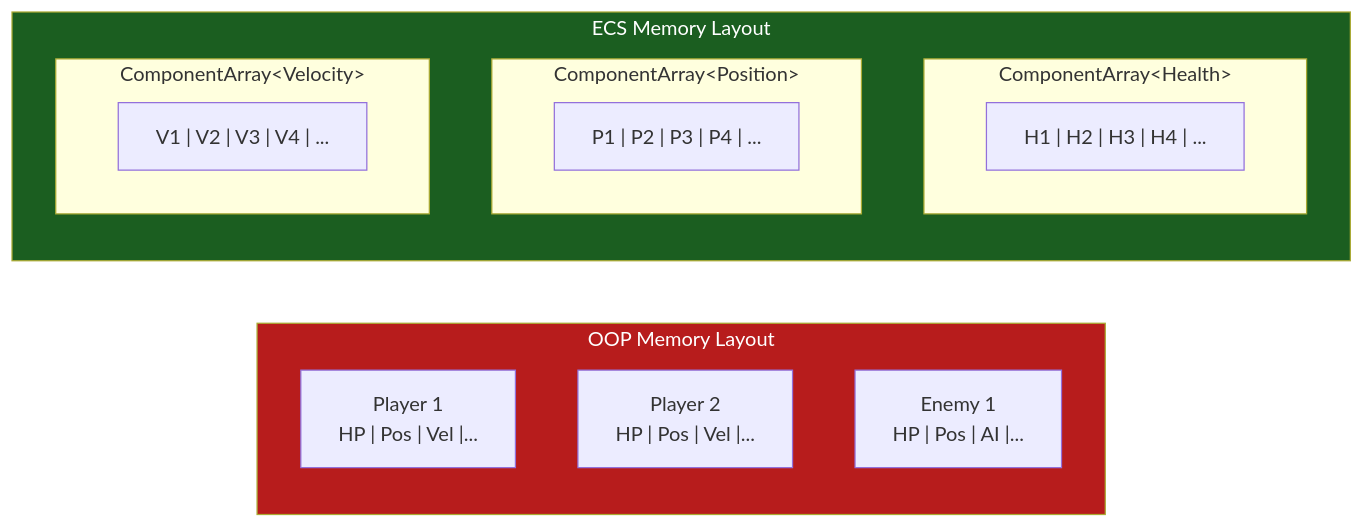
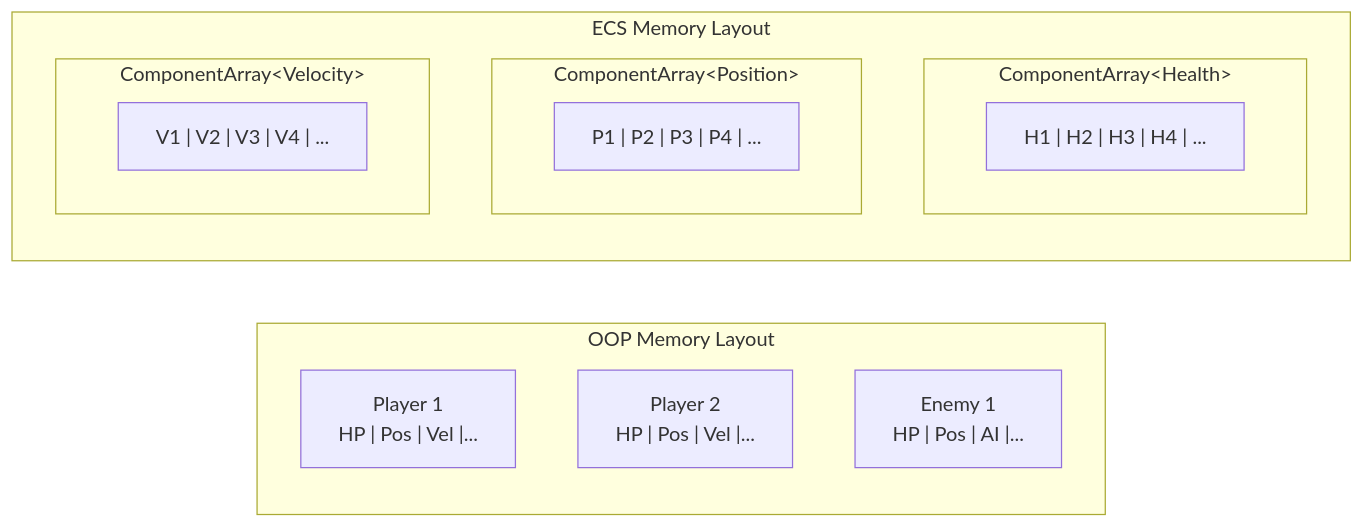
The second of 2 diagrams in docs/concepts/ecs-overview.md (gilmar-sales/Freyr), drawn with Mermaid before and after one commit. The commit also changed other lines of this file and 8 other files, not shown here.

Commit message:
docs(diagrams): remove mermaid diagram styling directives

````diff
--- a/docs/concepts/ecs-overview.md
+++ b/docs/concepts/ecs-overview.md
@@ -102,23 +99,20 @@
 ```mermaid
 graph LR
     subgraph OOPMem["OOP Memory Layout"]
         O1["Player 1<br/>HP | Pos | Vel |..."]
         O2["Player 2<br/>HP | Pos | Vel |..."]
         O3["Enemy 1<br/>HP | Pos | AI |..."]
     end
 
     subgraph ECSMem["ECS Memory Layout"]
         subgraph HealthArr["ComponentArray&lt;Health&gt;"]
             HA["H1 | H2 | H3 | H4 | ..."]
         end
         subgraph PosArr["ComponentArray&lt;Position&gt;"]
             PA["P1 | P2 | P3 | P4 | ..."]
         end
         subgraph VelArr["ComponentArray&lt;Velocity&gt;"]
             VA["V1 | V2 | V3 | V4 | ..."]
         end
     end
-
-    style OOPMem fill:#B71C1C,color:#fff
-    style ECSMem fill:#1B5E20,color:#fff
 ```
````
